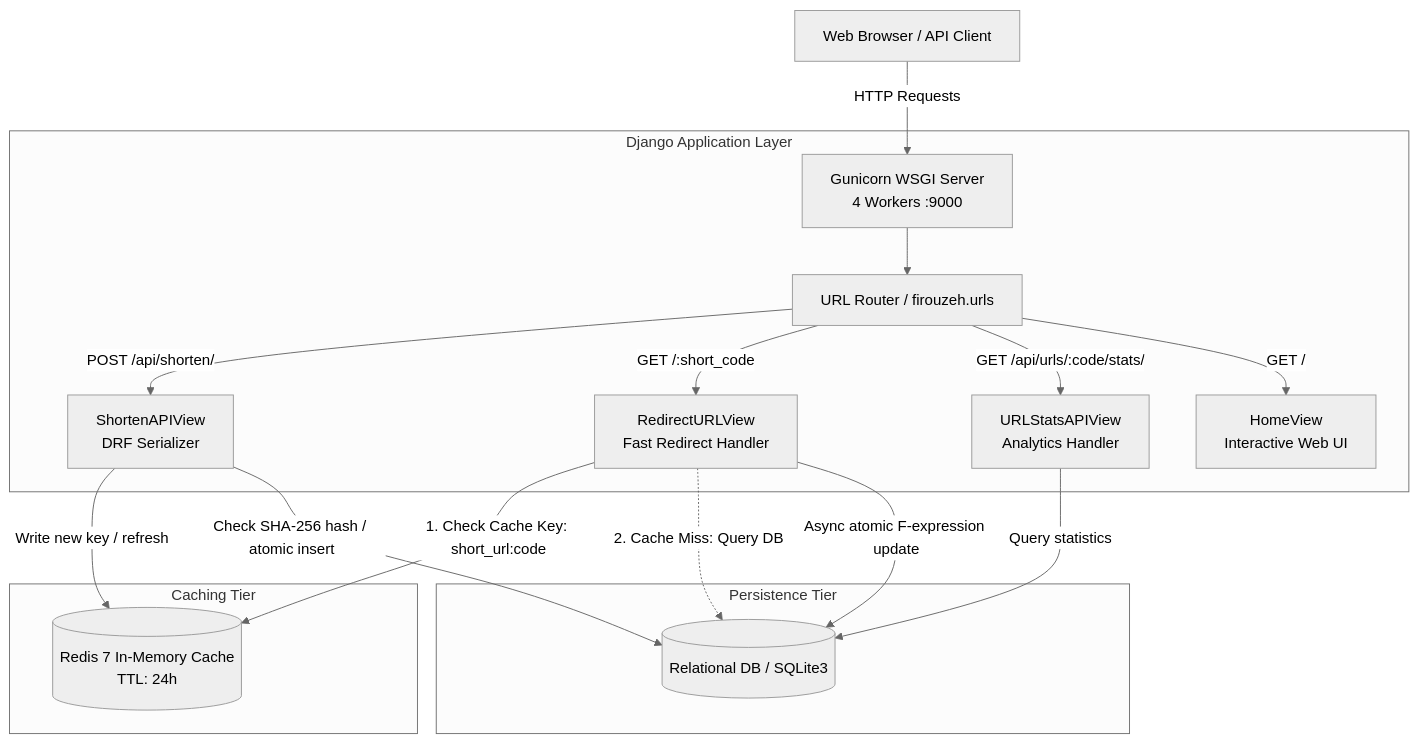
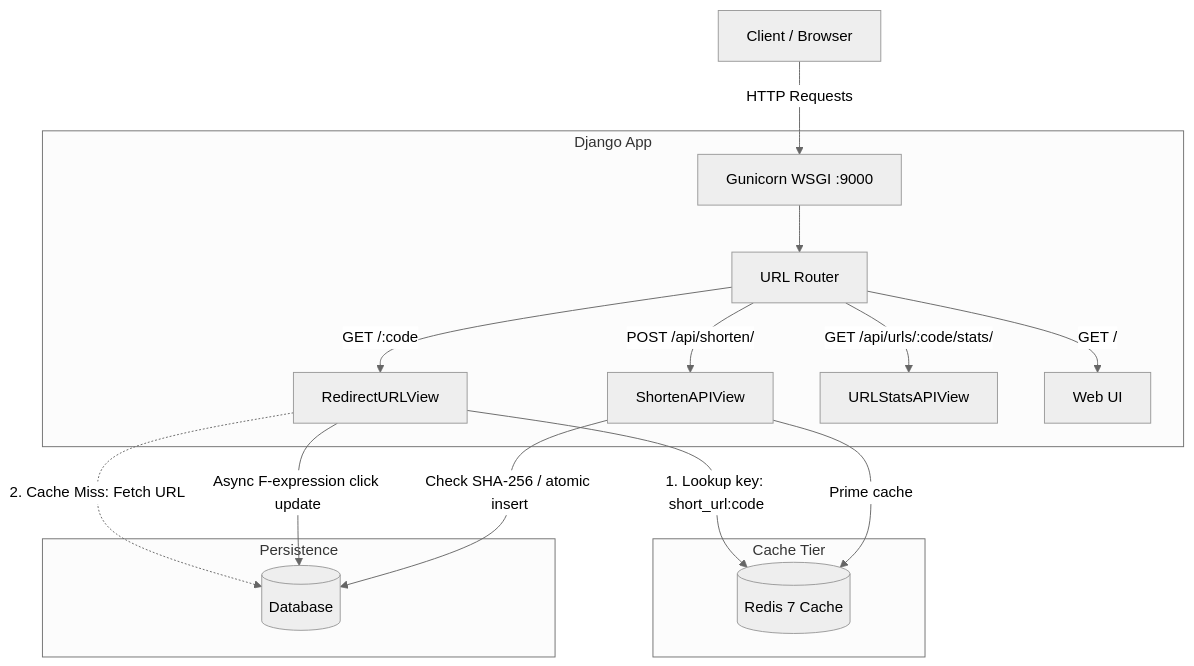
Before and after one commit to faaraaad/firouzeh: the diagram in README.md, drawn with Mermaid (neutral theme). The commit also changed other lines of this file and 1 other file, not shown here.

````diff
--- a/README.md
+++ b/README.md
@@ -25,24 +11,23 @@
 ```mermaid
 flowchart TD
-    Client[Web Browser / API Client] -->|HTTP Requests| Gunicorn[Gunicorn WSGI Server\n4 Workers :9000]
+    Client[Client / Browser] -->|HTTP Requests| Gunicorn[Gunicorn WSGI :9000]
     
-    subgraph Django Application Layer
-        Gunicorn --> URLConf[URL Router / firouzeh.urls]
-        URLConf -->|POST /api/shorten/| ShortenView[ShortenAPIView\nDRF Serializer]
-        URLConf -->|GET /:short_code| RedirectView[RedirectURLView\nFast Redirect Handler]
-        URLConf -->|GET /api/urls/:code/stats/| StatsView[URLStatsAPIView\nAnalytics Handler]
-        URLConf -->|GET /| HomeView[HomeView\nInteractive Web UI]
+    subgraph Django App
+        Gunicorn --> URLRouter[URL Router]
+        URLRouter -->|POST /api/shorten/| ShortenView[ShortenAPIView]
+        URLRouter -->|GET /:code| RedirectView[RedirectURLView]
+        URLRouter -->|GET /api/urls/:code/stats/| StatsView[URLStatsAPIView]
+        URLRouter -->|GET /| HomeView[Web UI]
     end
 
-    subgraph Caching Tier
-        RedirectView -->|1. Check Cache Key: short_url:code| RedisCache[(Redis 7 In-Memory Cache\nTTL: 24h)]
-        ShortenView -->|Write new key / refresh| RedisCache
+    subgraph Cache Tier
+        RedirectView -->|1. Lookup key: short_url:code| RedisCache[(Redis 7 Cache)]
+        ShortenView -->|Prime cache| RedisCache
     end
 
-    subgraph Persistence Tier
-        RedirectView -.->|2. Cache Miss: Query DB| DB[(Relational DB / SQLite3)]
-        ShortenView -->|Check SHA-256 hash / atomic insert| DB
-        RedirectView -->|Async atomic F-expression update| DB
-        StatsView -->|Query statistics| DB
+    subgraph Persistence
+        RedirectView -.->|2. Cache Miss: Fetch URL| DB[(Database)]
+        RedirectView -->|Async F-expression click update| DB
+        ShortenView -->|Check SHA-256 / atomic insert| DB
     end
 ```
````
